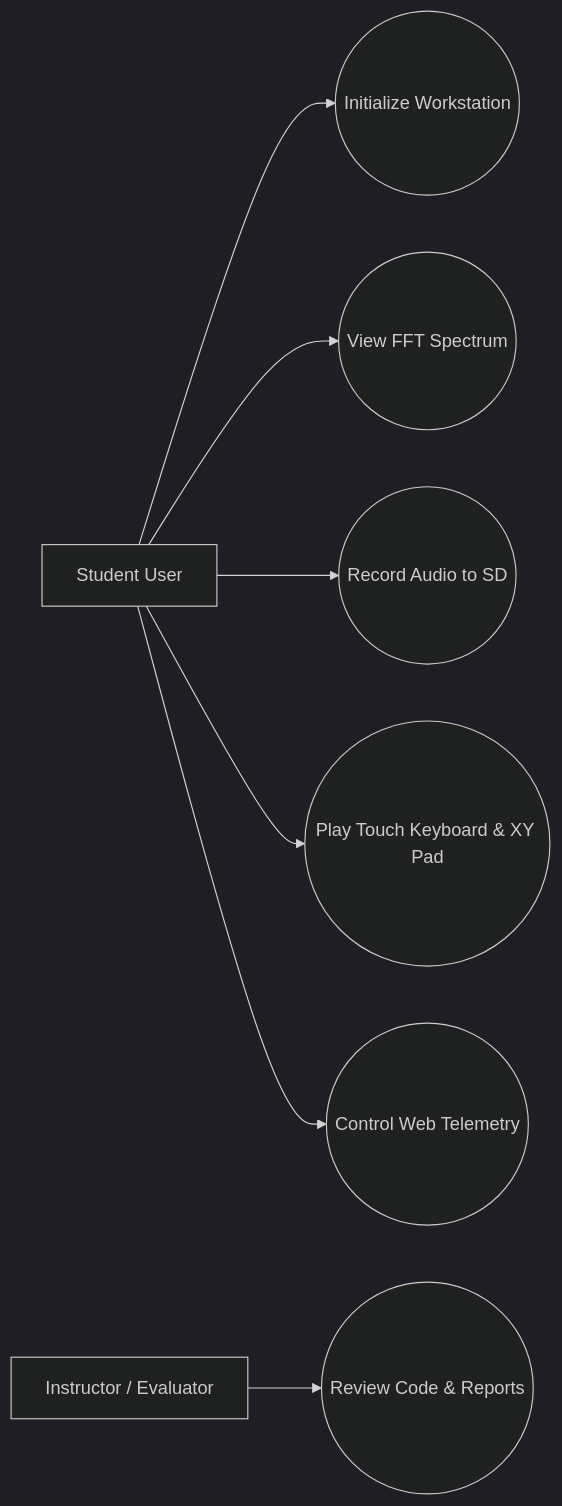
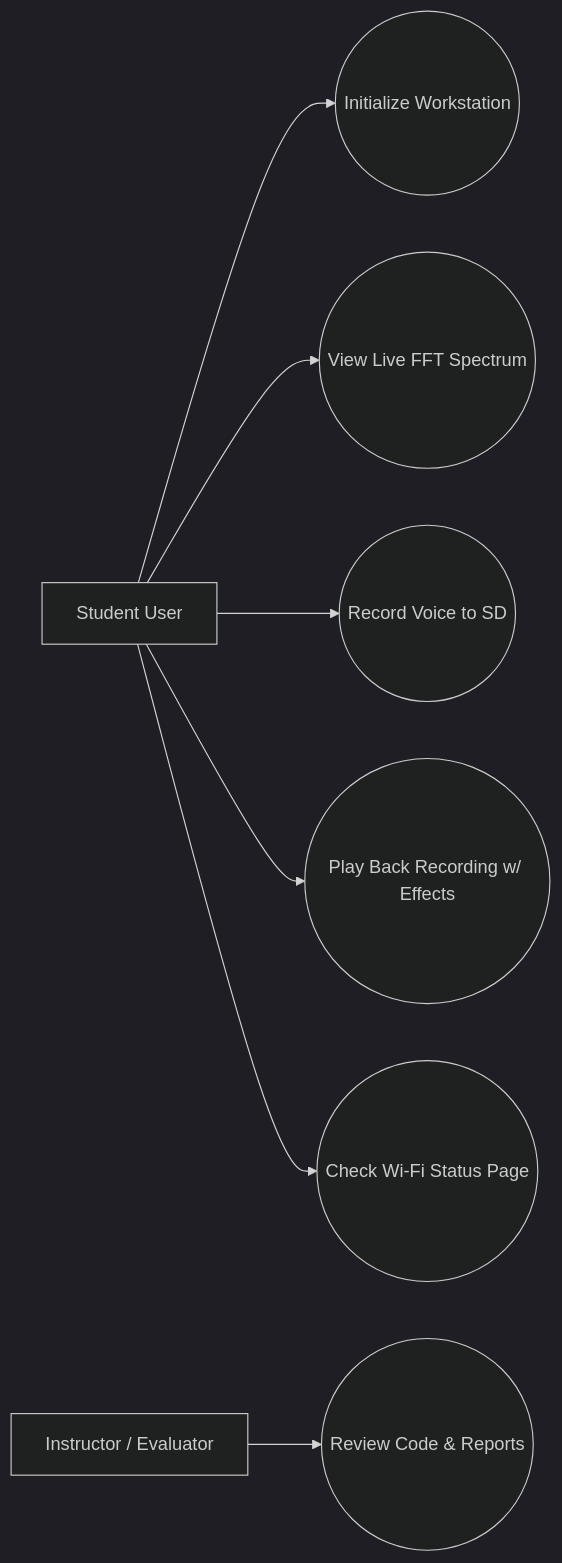
Before and after one commit to adrianvancea16/mcxa153-touch-audio-workstation: the first of 2 diagrams in README.md, drawn with Mermaid (dark theme). The commit also changed other lines of this file and 813 other files, not shown here.

````diff
--- a/README.md
+++ b/README.md
@@ -65,19 +67,19 @@
 ```mermaid
 flowchart LR
     Student[Student User]
     Instructor[Instructor / Evaluator]
 
     UC1((Initialize Workstation))
-    UC2((View FFT Spectrum))
-    UC3((Record Audio to SD))
-    UC4((Play Touch Keyboard & XY Pad))
-    UC5((Control Web Telemetry))
+    UC2((View Live FFT Spectrum))
+    UC3((Record Voice to SD))
+    UC4((Play Back Recording w/ Effects))
+    UC5((Check Wi-Fi Status Page))
     UC6((Review Code & Reports))
 
     Student --> UC1
     Student --> UC2
     Student --> UC3
     Student --> UC4
     Student --> UC5
     Instructor --> UC6
 ```
````
